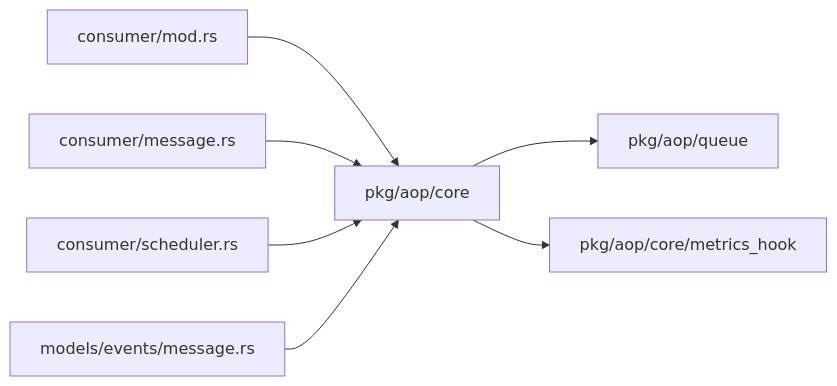
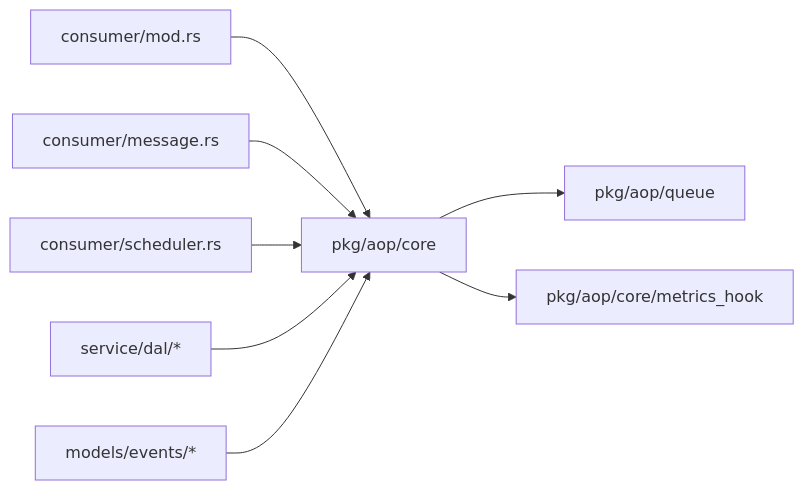
Before and after one commit to runningcoders/ai_orz: the seventh of 7 diagrams in docs/wiki/zh/content/核心模块/AOP 事件系统/核心概念与架构.md, drawn with Mermaid. The commit also changed other lines of this file and 37 other files, not shown here.

````diff
--- a/docs/wiki/zh/content/核心模块/AOP 事件系统/核心概念与架构.md
+++ b/docs/wiki/zh/content/核心模块/AOP 事件系统/核心概念与架构.md
@@ -320,9 +322,10 @@
 ```mermaid
 graph LR
 AOP_CORE["pkg/aop/core"] --> QUEUE["pkg/aop/queue"]
 AOP_CORE --> METRICS["pkg/aop/core/metrics_hook"]
 CONSUMER_MOD["consumer/mod.rs"] --> AOP_CORE
 MSG_CONSUMER["consumer/message.rs"] --> AOP_CORE
 SCHED_CONSUMER["consumer/scheduler.rs"] --> AOP_CORE
-EVENTS["models/events/message.rs"] --> AOP_CORE
+DAL["service/dal/*"] --> AOP_CORE
+EVENTS["models/events/*"] --> AOP_CORE
 ```
````
